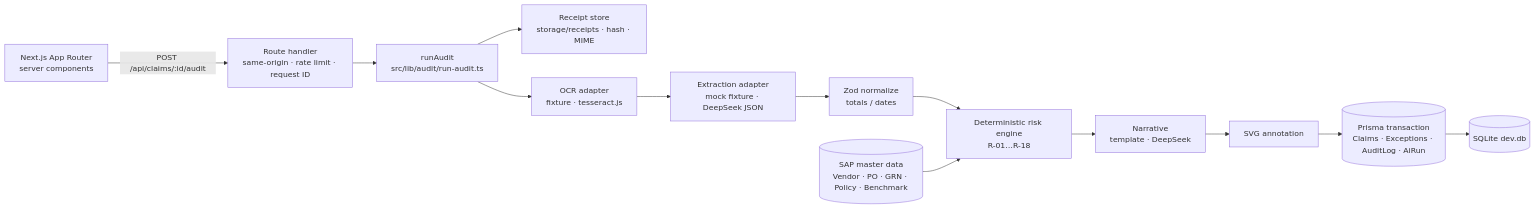
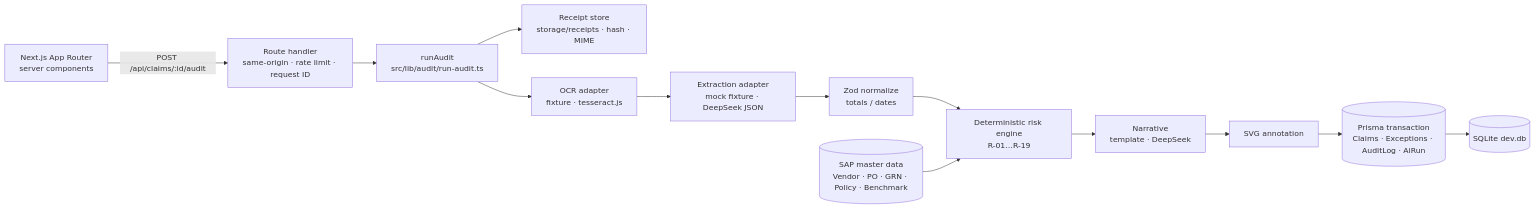
The diagram in docs/ARCHITECTURE.md (Szlqjc1/claimpilot-pro), drawn with Mermaid before and after one commit. The commit also changed 18 other files, not shown here.

````diff
--- a/docs/ARCHITECTURE.md
+++ b/docs/ARCHITECTURE.md
@@ -3,15 +3,15 @@
 ```mermaid
 flowchart LR
   UI[Next.js App Router<br/>server components] -->|POST /api/claims/:id/audit| API[Route handler<br/>same-origin · rate limit · request ID]
   API --> SVC[runAudit<br/>src/lib/audit/run-audit.ts]
   SVC --> RCPT[Receipt store<br/>storage/receipts · hash · MIME]
   SVC --> OCR[OCR adapter<br/>fixture · tesseract.js]
   OCR --> EXT[Extraction adapter<br/>mock fixture · DeepSeek JSON]
   EXT --> ZOD[Zod normalize<br/>totals / dates]
-  ZOD --> RISK[Deterministic risk engine<br/>R-01…R-18]
+  ZOD --> RISK[Deterministic risk engine<br/>R-01…R-19]
   RISK --> NAR[Narrative<br/>template · DeepSeek]
   NAR --> ANN[SVG annotation]
   ANN --> TX[(Prisma transaction<br/>Claims · Exceptions · AuditLog · AiRun)]
   TX --> DB[(SQLite dev.db)]
   SAP[(SAP master data<br/>Vendor · PO · GRN · Policy · Benchmark)] --> RISK
 ```
````
